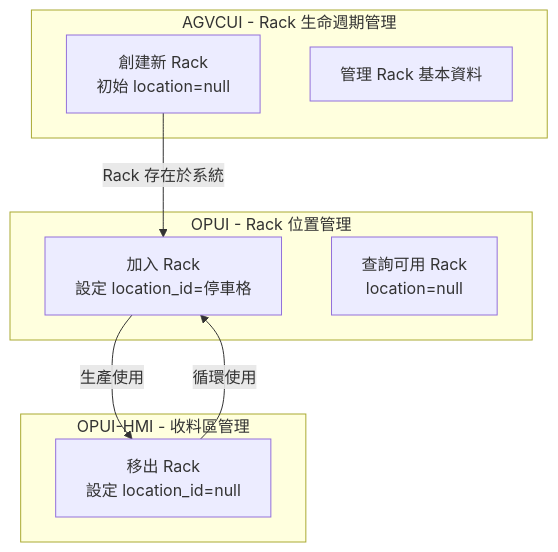
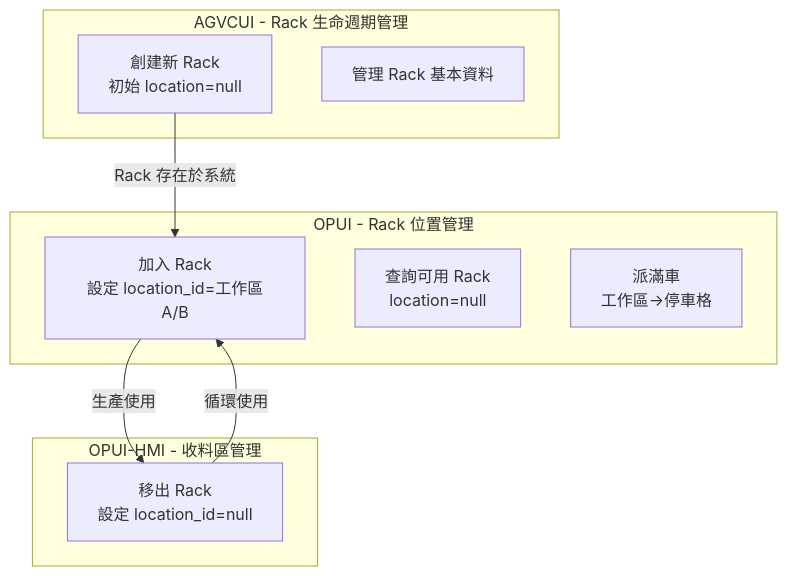
One commit to AKIFALLY/EBD_agv changed the first of 2 diagrams in docs-ai/knowledge/system/manual-rack-management.md. Above: the diagram before and after it, drawn with Mermaid. The commit also changed other lines of this file and 467 other files, not shown here.

````diff
--- a/docs-ai/knowledge/system/manual-rack-management.md
+++ b/docs-ai/knowledge/system/manual-rack-management.md
@@ -97,20 +162,21 @@
 ```mermaid
 graph TB
     subgraph "AGVCUI - Rack 生命週期管理"
         A1[創建新 Rack<br/>初始 location=null]
         A2[管理 Rack 基本資料]
     end
     
     subgraph "OPUI - Rack 位置管理"
-        B1[加入 Rack<br/>設定 location_id=停車格]
+        B1[加入 Rack<br/>設定 location_id=工作區A/B]
         B2[查詢可用 Rack<br/>location=null]
+        B3[派滿車<br/>工作區→停車格]
     end
     
     subgraph "OPUI-HMI - 收料區管理"
         C1[移出 Rack<br/>設定 location_id=null]
     end
     
     A1 -->|Rack 存在於系統| B1
     B1 -->|生產使用| C1
     C1 -->|循環使用| B1
 ```
````
